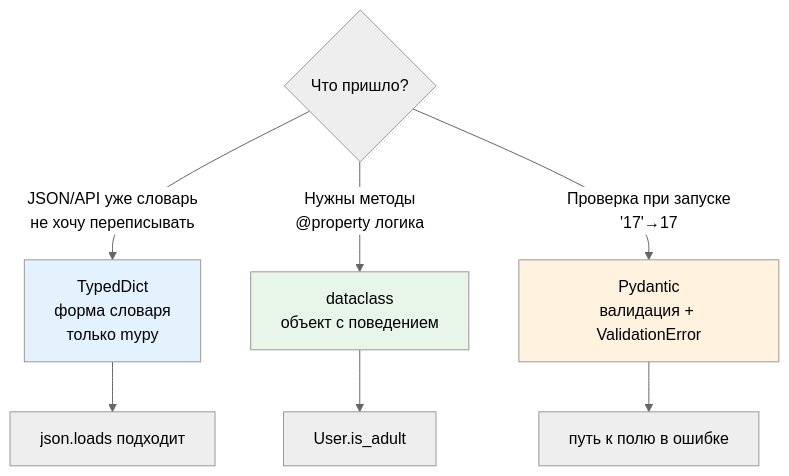
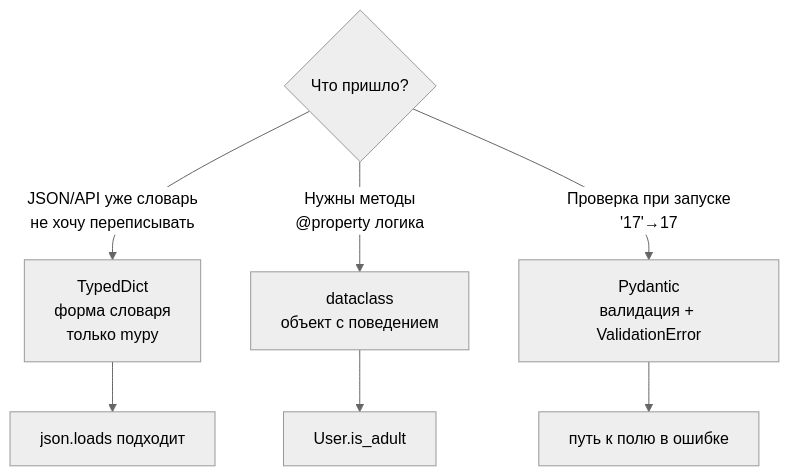
The second of 2 diagrams in 02_Курсы/01. Инженерные практики Python/01_Лекции/03. Словари с формой — TypedDict и современный синтаксис.md (JayStorm228/College), drawn with Mermaid (neutral theme) before and after one commit. The commit also changed other lines of this file and 30 other files, not shown here.

First line of the commit message:
переименование NumPy лекций под академические заголовки + стандартные диаграммы

````diff
--- a/02_Курсы/01. Инженерные практики Python/01_Лекции/03. Словари с формой — TypedDict и современный синтаксис.md
+++ b/02_Курсы/01. Инженерные практики Python/01_Лекции/03. Словари с формой — TypedDict и современный синтаксис.md
@@ -158,13 +156,10 @@
 ```mermaid
 flowchart TD
   Q{Что пришло?}
   Q -- JSON/API уже словарь<br>не хочу переписывать --> T[TypedDict<br>форма словаря<br>только mypy]
   Q -- Нужны методы<br>@property логика --> D[dataclass<br>объект с поведением]
   Q -- Проверка при запуске<br>'17'→17 --> P[Pydantic<br>валидация + ValidationError]
   T --> Ex1[json.loads подходит]
   D --> Ex2[User.is_adult]
   P --> Ex3[путь к полю в ошибке]
-  style T fill:#e3f2fd
-  style D fill:#e8f5e9
-  style P fill:#fff3e0
 ```
````
